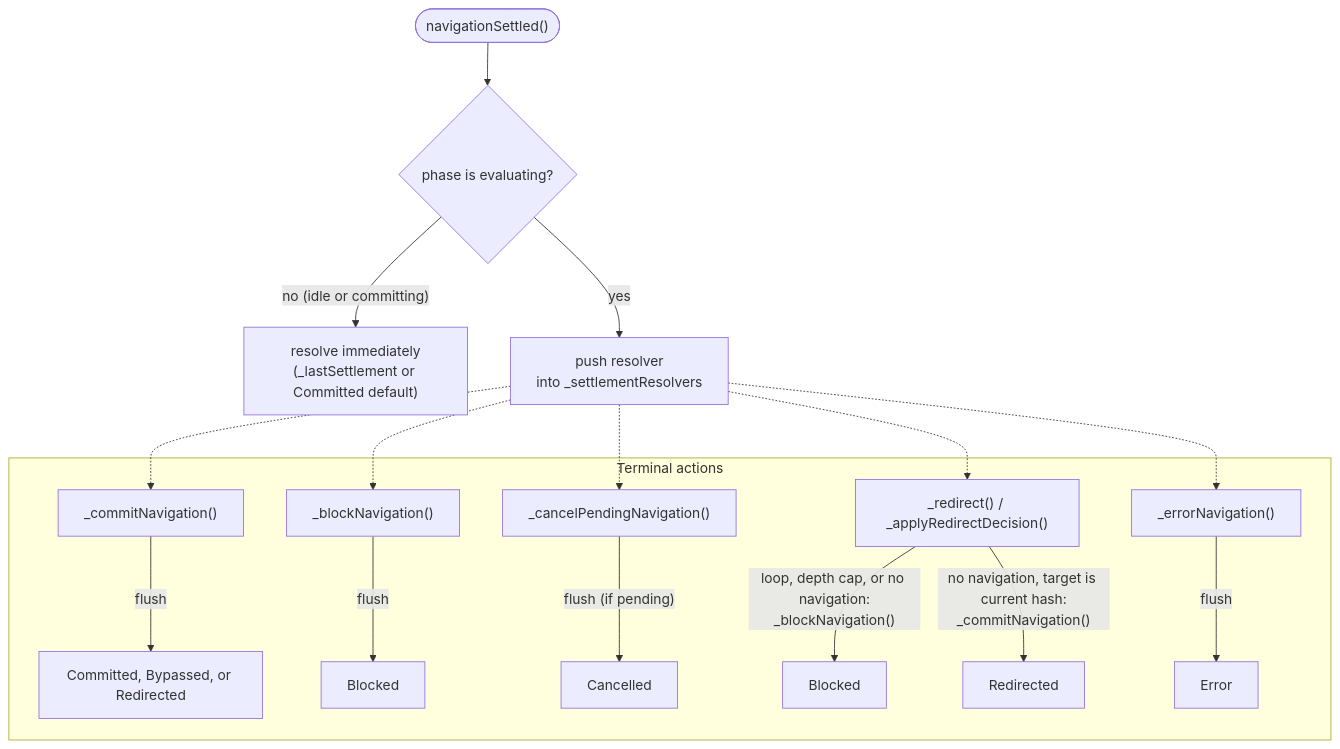
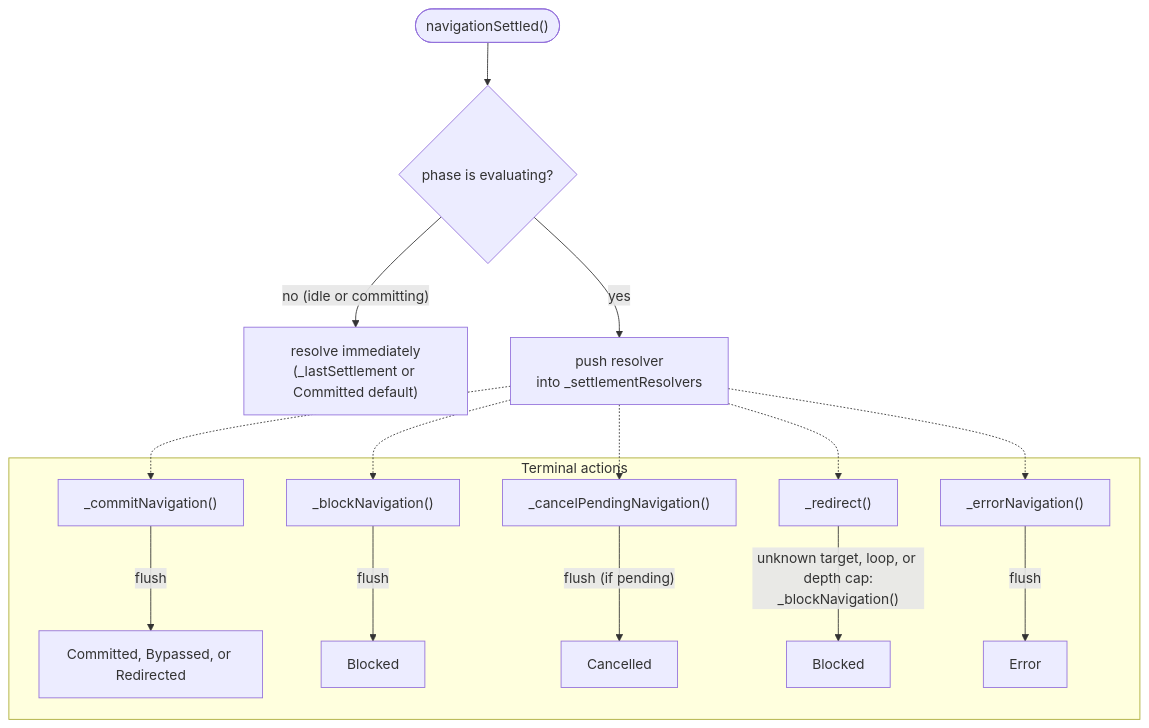
The fourth of 4 diagrams in docs/reference/architecture.md (wridgeu/ui5-lib-guard-router), drawn with Mermaid before and after one commit. The commit also changed other lines of this file and 18 other files, not shown here.

````diff
--- a/docs/reference/architecture.md
+++ b/docs/reference/architecture.md
@@ -438,21 +461,20 @@
 ```mermaid
 flowchart TD
     call(["navigationSettled()"]) --> pending{phase is evaluating?}
     pending -- "no (idle or committing)" --> immediate["resolve immediately<br/>(_lastSettlement or Committed default)"]
     pending -- "yes" --> push["push resolver<br/>into _settlementResolvers"]
 
     subgraph "Terminal actions"
         commit["_commitNavigation()"] -- "flush" --> fcommit["Committed, Bypassed, or Redirected"]
         block["_blockNavigation()"] -- "flush" --> fblock["Blocked"]
         cancel["_cancelPendingNavigation()"] -- "flush (if pending)" --> fcancel["Cancelled"]
-        redirect["_redirect() / _applyRedirectDecision()"] -- "loop, depth cap, or no navigation:<br/>_blockNavigation()" --> fredirect["Blocked"]
-        redirect -- "no navigation, target is current hash:<br/>_commitNavigation()" --> fredirected["Redirected"]
+        redirect["_redirect()"] -- "unknown target, loop, or depth cap:<br/>_blockNavigation()" --> fredirect["Blocked"]
         errornav["_errorNavigation()"] -- "flush" --> ferror["Error"]
     end
 
     push -.-> commit
     push -.-> block
     push -.-> cancel
     push -.-> redirect
     push -.-> errornav
 ```
````
